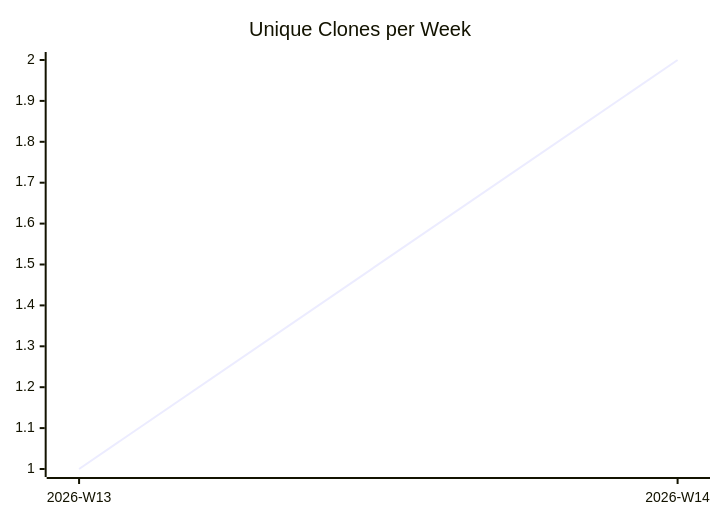
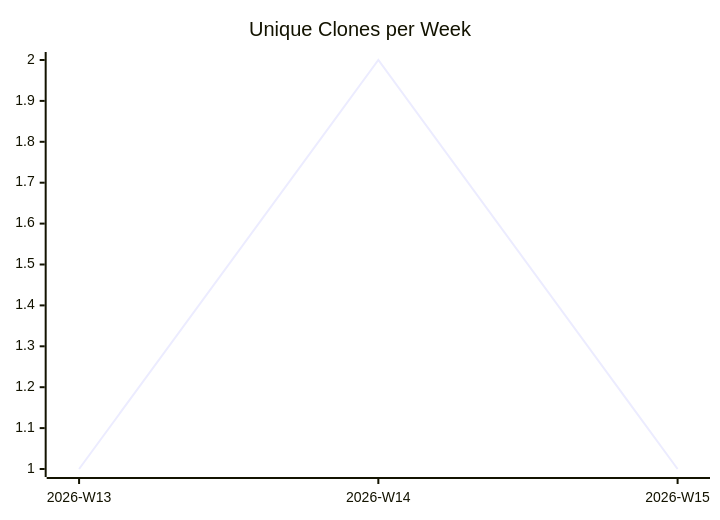
Before and after one commit to justdavis-family/github-analytics-data: the third of 3 diagrams in karlmdavis/xmlpull/README.md, drawn with Mermaid. The commit also changed other lines of this file and 190 other files, not shown here.

````diff
--- a/karlmdavis/xmlpull/README.md
+++ b/karlmdavis/xmlpull/README.md
@@ -19,6 +19,6 @@
 ```mermaid
 xychart-beta
   title "Unique Clones per Week"
-  x-axis ["2026-W13", "2026-W14"]
-  line [1, 2]
+  x-axis ["2026-W13", "2026-W14", "2026-W15"]
+  line [1, 2, 1]
 ```
````
